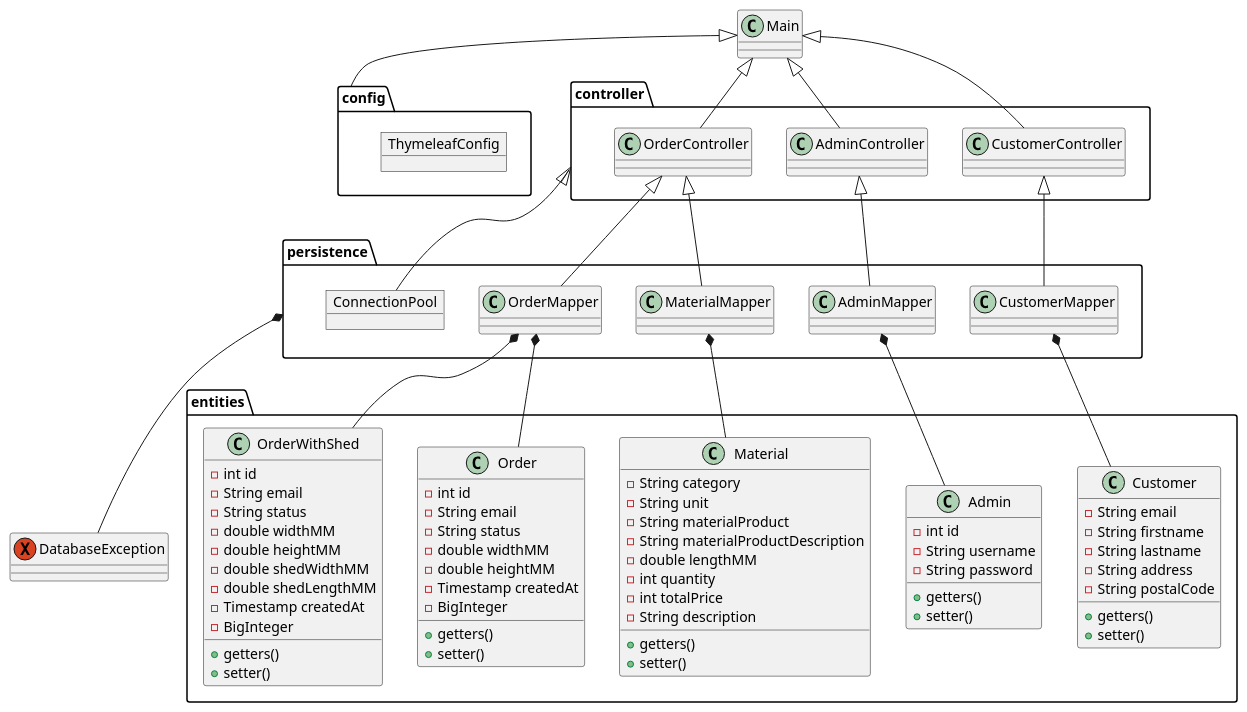
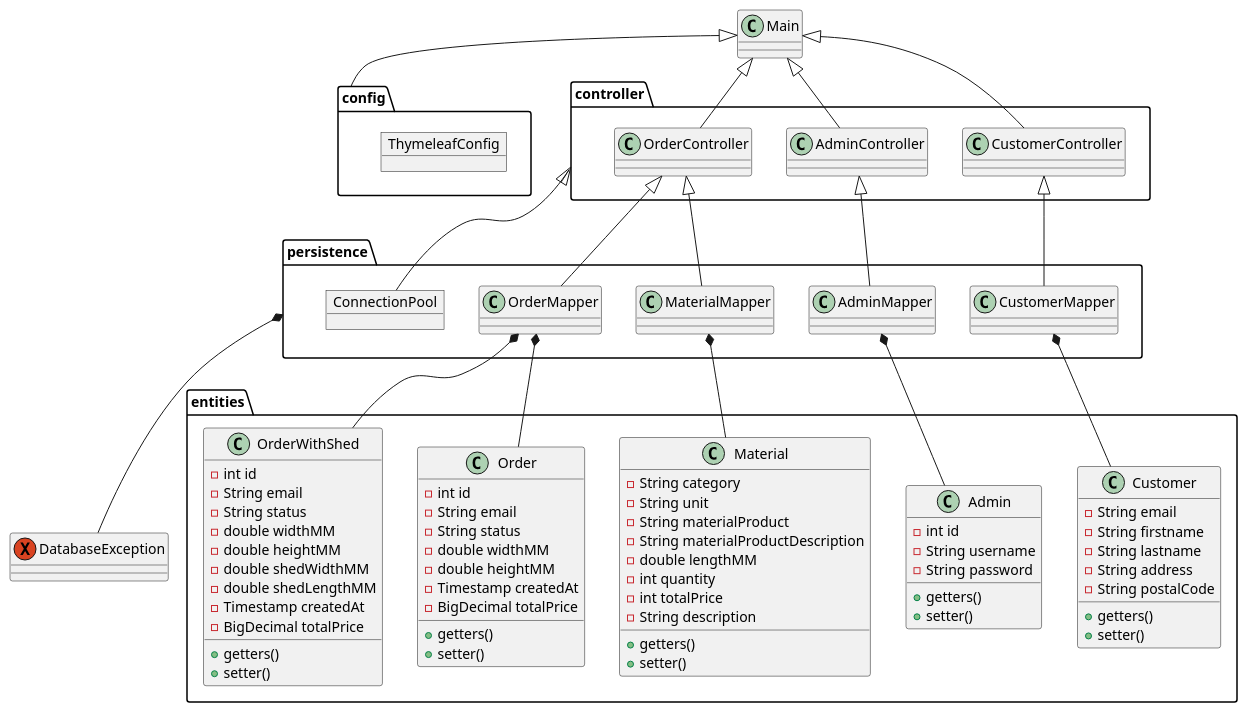
Before and after one commit to CarlEmilKoehn/Carport_2sem_eksamen: the diagram in carport/doc/DomainModel.puml, drawn with PlantUML. The commit also changed 4 other files, not shown here.

Commit message:
I have made order and orderWithShed on topof that, i have fixed DomainModel, it now shows BigDecimal instead of BigInteger in OrderWithShed and Order.      The last thing i did was create put the database into database.sql and create data.sql and put our data inside.

```diff
--- a/carport/doc/DomainModel.puml
+++ b/carport/doc/DomainModel.puml
@@ -1,131 +1,131 @@
 @startuml
 'https://plantuml.com/sequence-diagram
 
 Class Main
 Exception DatabaseException
 
 Package config {
 Object ThymeleafConfig
 }
 
 Package controller {
 Class CustomerController {
 
 }
 
 Class AdminController {
 
 }
 
 Class OrderController {
 
 }
 
 
 
 }
 
 Package persistence {
 
 Object ConnectionPool
 
 Class CustomerMapper {
 
 }
 
 Class AdminMapper {
 
 }
 
 Class OrderMapper {
 
 }
 
 Class MaterialMapper {
 
 }
 
 }
 
 Package entities {
 Class Customer {
 - String email
 - String firstname
 - String lastname
 - String address
 - String postalCode
 + getters()
 + setter()
 }
 
 Class Admin {
 - int id
 - String username
 - String password
 + getters()
 + setter()
 }
 
 Class Order {
 - int id
 - String email
 - String status
 - double widthMM
 - double heightMM
 - Timestamp createdAt
-- BigInteger
+- BigDecimal totalPrice
 + getters()
 + setter()
 }
 
 Class OrderWithShed {
 - int id
 - String email
 - String status
 - double widthMM
 - double heightMM
 - double shedWidthMM
 - double shedLengthMM
 - Timestamp createdAt
-- BigInteger
+- BigDecimal totalPrice
 + getters()
 + setter()
 }
 
 Class Material {
 - String category
 - String unit
 - String materialProduct
 - String materialProductDescription
 - double lengthMM
 - int quantity
 - int totalPrice
 - String description
 + getters()
 + setter()
 }
 
 Main <|-- CustomerController
 Main <|-- OrderController
 Main <|-- AdminController
 Main <|-- config
 
 CustomerController <|-- CustomerMapper
 OrderController <|-- OrderMapper
 OrderController <|-- MaterialMapper
 AdminController <|-- AdminMapper
 
 
 
 CustomerMapper *-- Customer
 AdminMapper *-- Admin
 OrderMapper *-- Order
 OrderMapper *-- OrderWithShed
 MaterialMapper *-- Material
 
 controller <|-- ConnectionPool
 persistence *-- DatabaseException
 
 }
 
 @enduml
```
